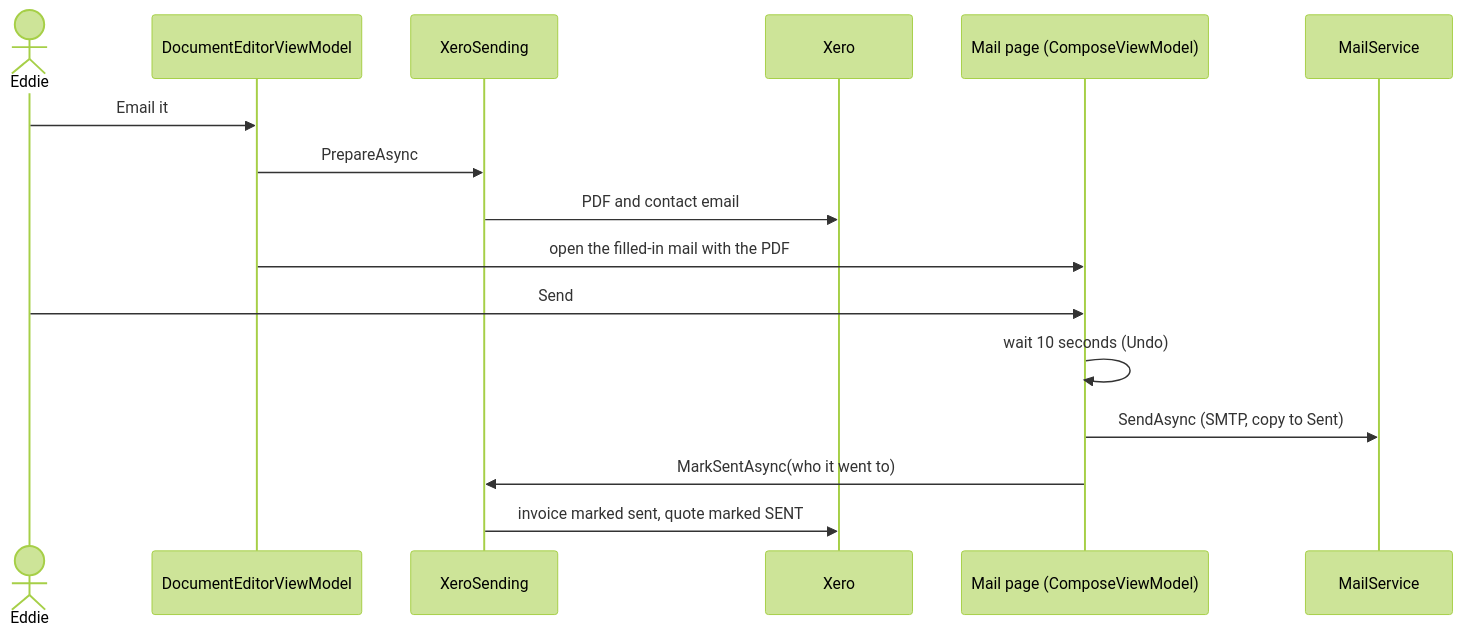
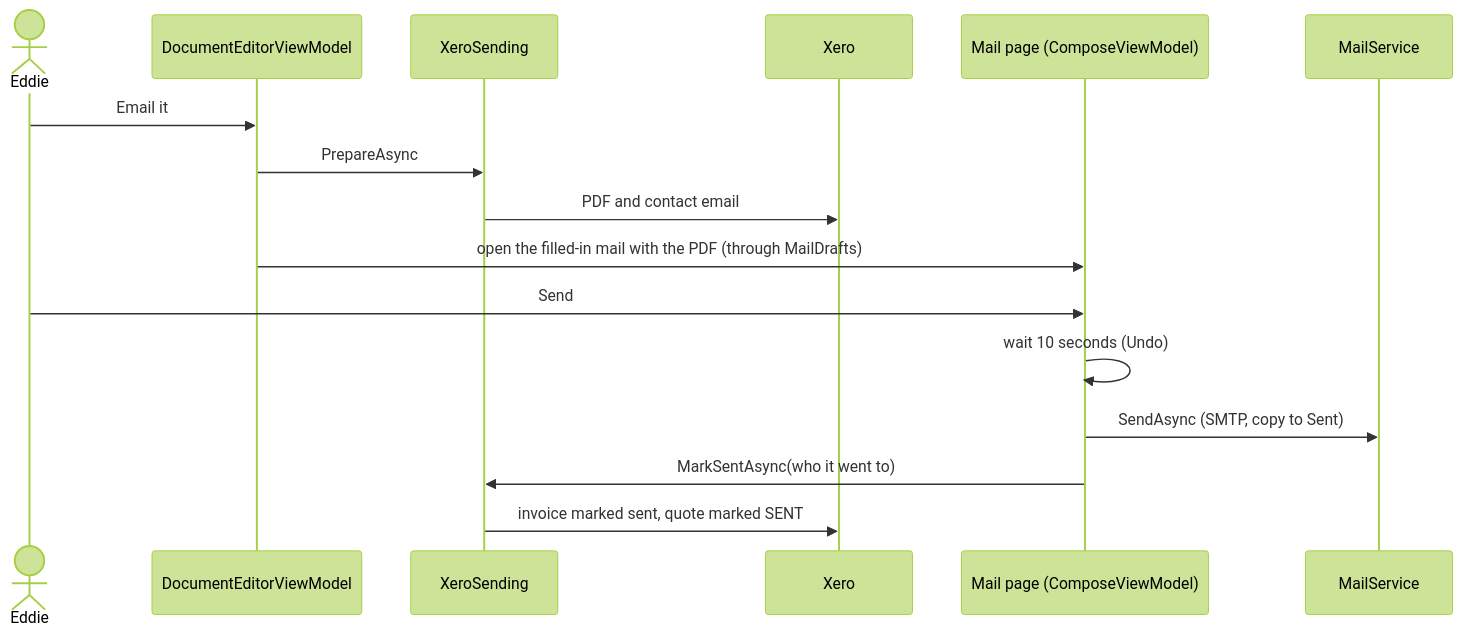
The seventh of 9 diagrams in docs/architecture.md (EdWebIgnite/Webignite-Desktop), drawn with Mermaid (forest theme) before and after one commit. The commit also changed other lines of this file and 57 other files, not shown here.

````diff
--- a/docs/architecture.md
+++ b/docs/architecture.md
@@ -219,19 +228,19 @@
 ```mermaid
 sequenceDiagram
     actor Eddie
     participant Editor as DocumentEditorViewModel
     participant Sending as XeroSending
     participant Xero
     participant Mail as Mail page (ComposeViewModel)
     participant Service as MailService
 
     Eddie->>Editor: Email it
     Editor->>Sending: PrepareAsync
     Sending->>Xero: PDF and contact email
-    Editor->>Mail: open the filled-in mail with the PDF
+    Editor->>Mail: open the filled-in mail with the PDF (through MailDrafts)
     Eddie->>Mail: Send
     Mail->>Mail: wait 10 seconds (Undo)
     Mail->>Service: SendAsync (SMTP, copy to Sent)
     Mail->>Sending: MarkSentAsync(who it went to)
     Sending->>Xero: invoice marked sent, quote marked SENT
 ```
````
